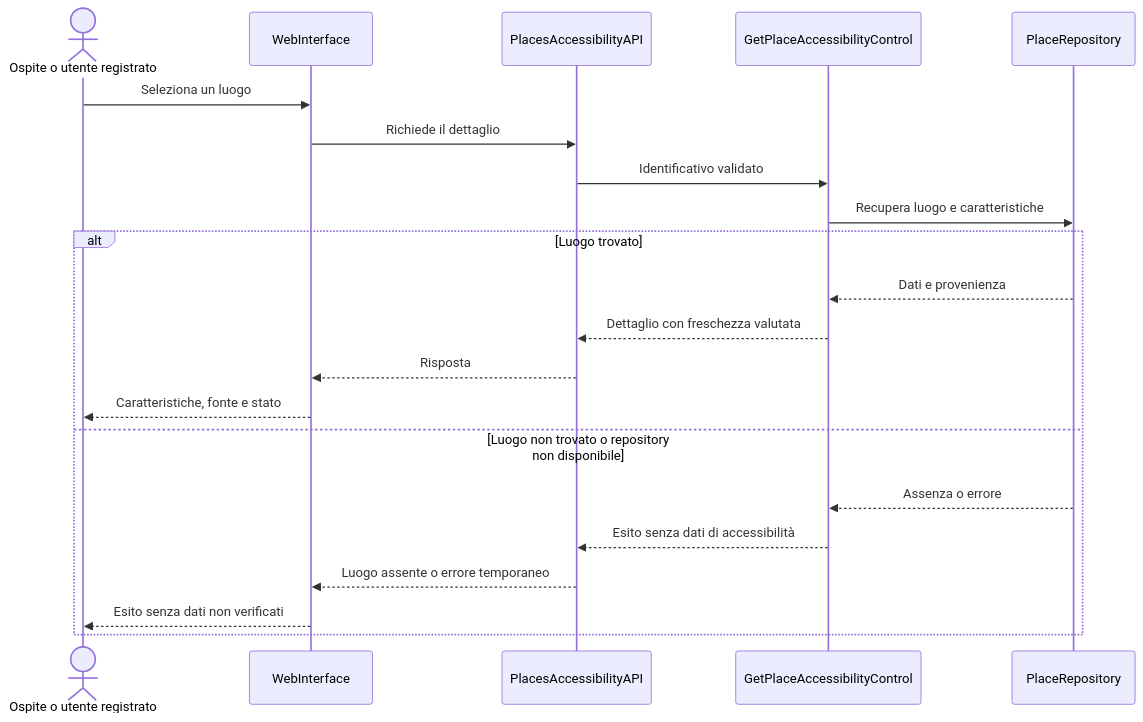
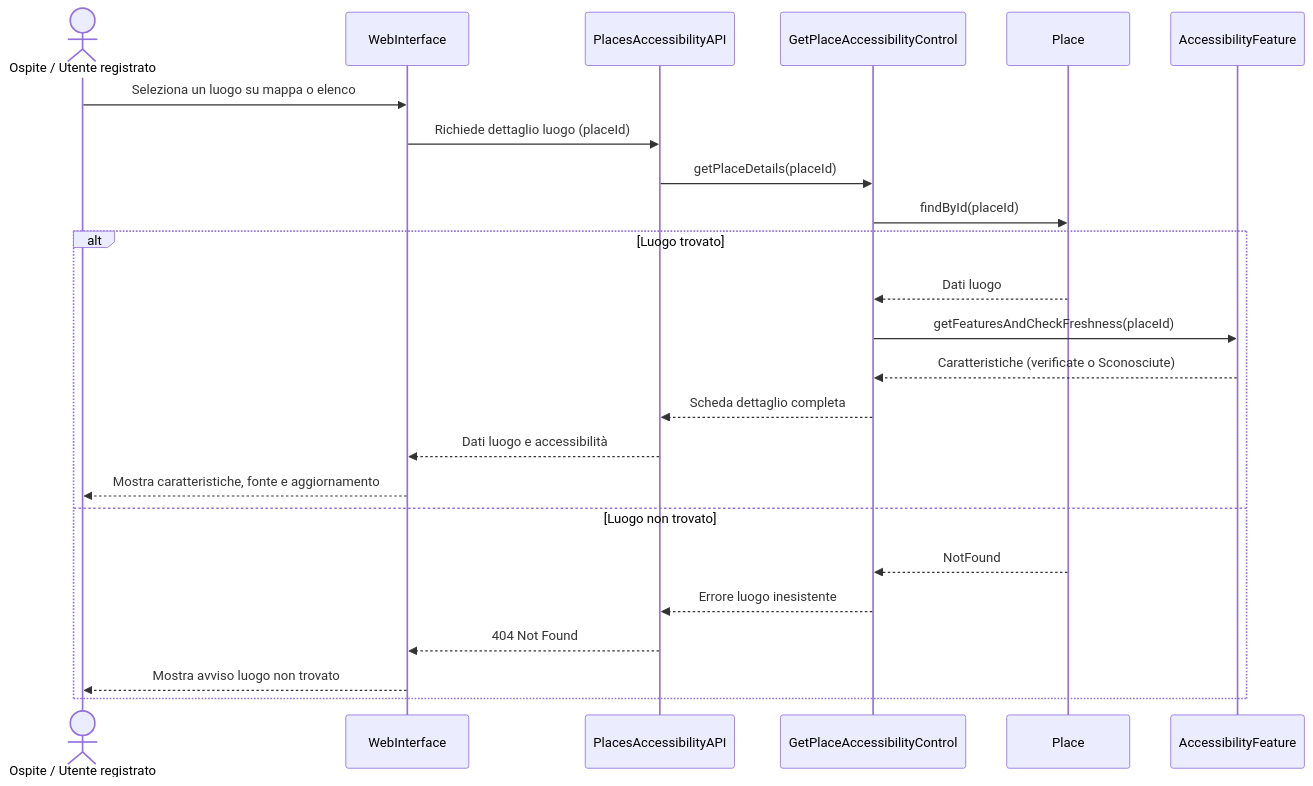
The fourth of 10 diagrams in docs/RAD.md (andreaplini/aegis), drawn with Mermaid before and after one commit. The commit also changed other lines of this file, not shown here.

````diff
--- a/docs/RAD.md
+++ b/docs/RAD.md
@@ -441,24 +548,26 @@
 ```mermaid
 sequenceDiagram
-  accDescr: Il sistema recupera luogo e caratteristiche, poi restituisce stato, fonte e validità.
-  actor U as Ospite o utente registrato
+  actor U as Ospite / Utente registrato
   participant UI as WebInterface
   participant API as PlacesAccessibilityAPI
   participant UC as GetPlaceAccessibilityControl
-  participant Repo as PlaceRepository
-  U->>UI: Seleziona un luogo
-  UI->>API: Richiede il dettaglio
-  API->>UC: Identificativo validato
-  UC->>Repo: Recupera luogo e caratteristiche
+  participant P as Place
+  participant AF as AccessibilityFeature
+  U->>UI: Seleziona un luogo su mappa o elenco
+  UI->>API: Richiede dettaglio luogo (placeId)
+  API->>UC: getPlaceDetails(placeId)
+  UC->>P: findById(placeId)
   alt Luogo trovato
-    Repo-->>UC: Dati e provenienza
-    UC-->>API: Dettaglio con freschezza valutata
-    API-->>UI: Risposta
-    UI-->>U: Caratteristiche, fonte e stato
-  else Luogo non trovato o repository non disponibile
-    Repo-->>UC: Assenza o errore
-    UC-->>API: Esito senza dati di accessibilità
-    API-->>UI: Luogo assente o errore temporaneo
-    UI-->>U: Esito senza dati non verificati
+    P-->>UC: Dati luogo
+    UC->>AF: getFeaturesAndCheckFreshness(placeId)
+    AF-->>UC: Caratteristiche (verificate o Sconosciute)
+    UC-->>API: Scheda dettaglio completa
+    API-->>UI: Dati luogo e accessibilità
+    UI-->>U: Mostra caratteristiche, fonte e aggiornamento
+  else Luogo non trovato
+    P-->>UC: NotFound
+    UC-->>API: Errore luogo inesistente
+    API-->>UI: 404 Not Found
+    UI-->>U: Mostra avviso luogo non trovato
   end
 ```
````
